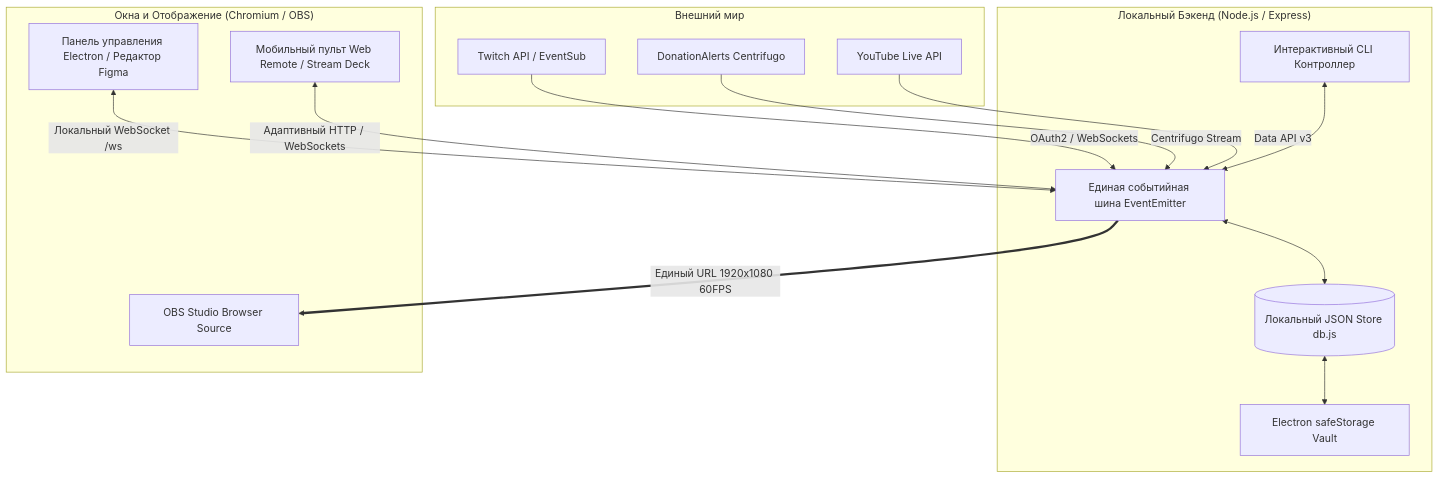
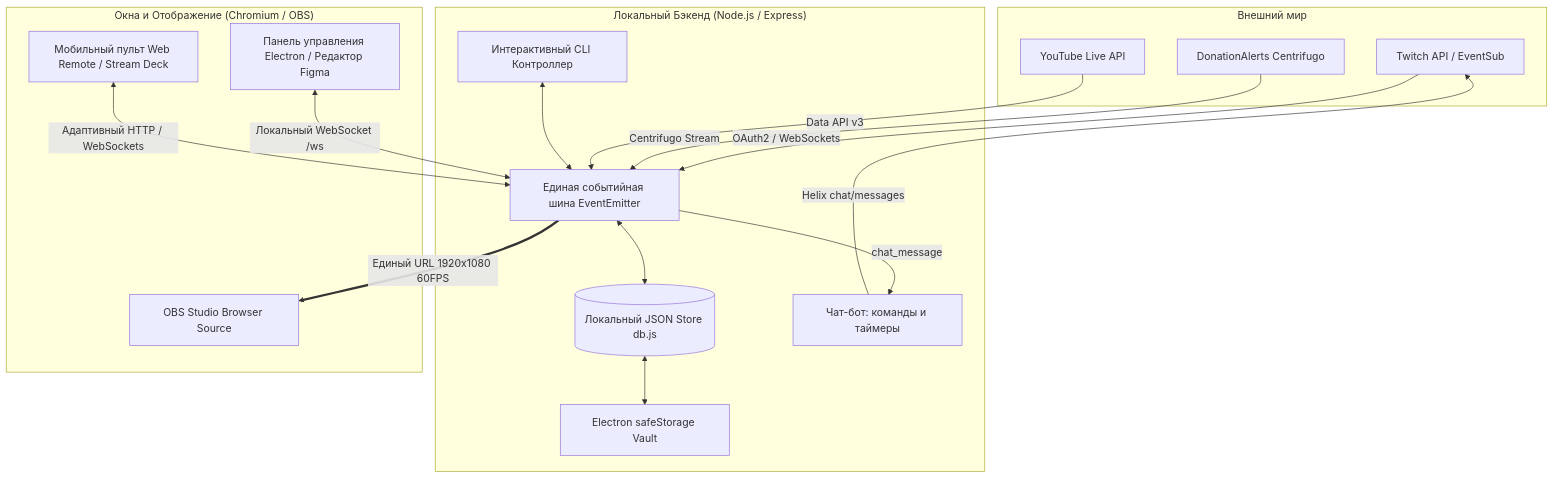
The diagram in README.md (Halantar-git/open-stream-environment), drawn with Mermaid before and after one commit.

````diff
--- a/README.md
+++ b/README.md
@@ -307,36 +307,39 @@
 ```mermaid
 graph TD
     subgraph "Внешний мир"
         Twitch[Twitch API / EventSub]
         DA[DonationAlerts Centrifugo]
         YT[YouTube Live API]
     end
 
     subgraph "Локальный Бэкенд (Node.js / Express)"
         Bus[Единая событийная шина EventEmitter]
         DB[(Локальный JSON Store db.js)]
         Crypt[Electron safeStorage Vault]
         CLI[Интерактивный CLI Контроллер]
+        Bot[Чат-бот: команды и таймеры]
     end
 
     subgraph "Окна и Отображение (Chromium / OBS)"
         Admin[Панель управления Electron / Редактор Figma]
         Remote[Мобильный пульт Web Remote / Stream Deck]
         OBS[OBS Studio Browser Source]
     end
 
     %% Связи внешних сервисов
     Twitch -->|OAuth2 / WebSockets| Bus
     DA -->|Centrifugo Stream| Bus
     YT -->|Data API v3| Bus
 
     %% Связи бэкенда
     Bus <--> DB
     DB <--> Crypt
     CLI <--> Bus
+    Bus -->|chat_message| Bot
+    Bot -->|Helix chat/messages| Twitch
 
     %% Связи отображения
     Admin <-->|Локальный WebSocket /ws| Bus
     Remote <-->|Адаптивный HTTP / WebSockets| Bus
     Bus ==>|Единый URL 1920x1080 60FPS| OBS
 ```
````
